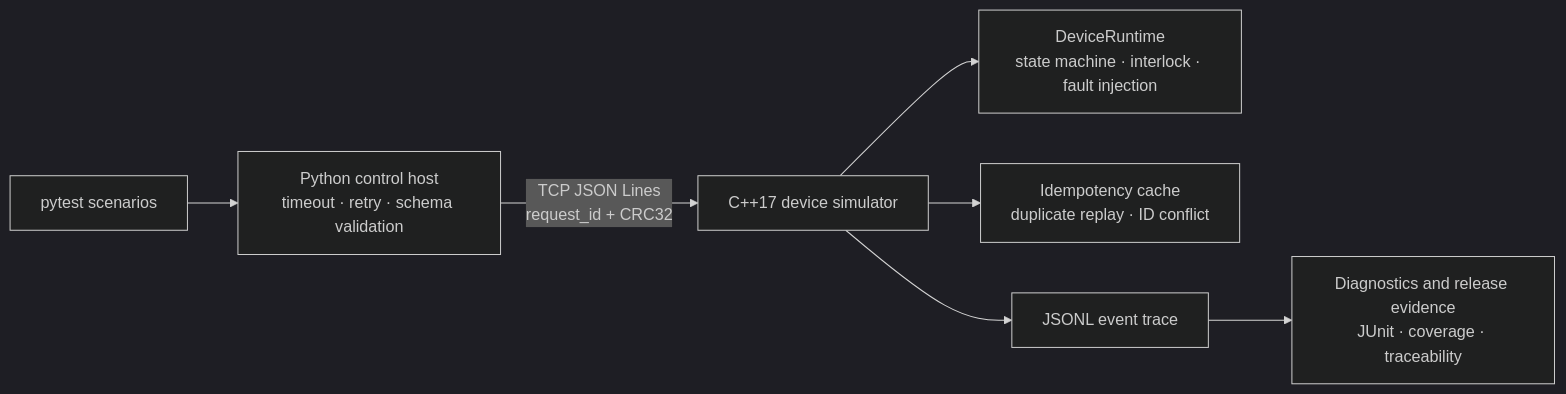
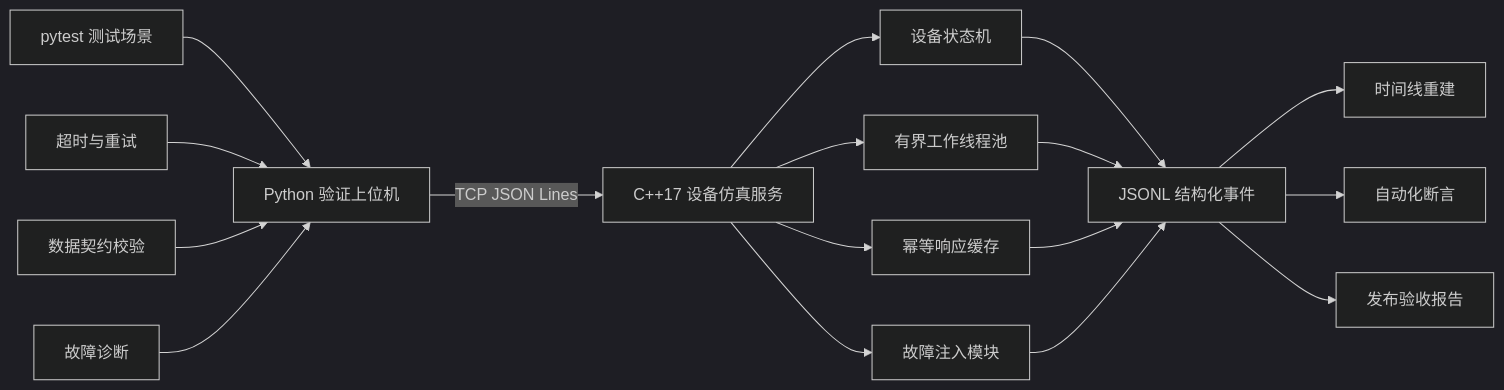
Before and after one commit to KristenYue/edge-device-verification-lab: the first of 2 diagrams in README.md, drawn with Mermaid (dark theme). The commit also changed other lines of this file, not shown here.

````diff
--- a/README.md
+++ b/README.md
@@ -41,9 +75,23 @@
 ```mermaid
 flowchart LR
-    T[pytest scenarios] --> H[Python control host\ntimeout · retry · schema validation]
-    H -->|TCP JSON Lines\nrequest_id + CRC32| S[C++17 device simulator]
-    S --> M[DeviceRuntime\nstate machine · interlock · fault injection]
-    S --> C[Idempotency cache\nduplicate replay · ID conflict]
-    S --> E[JSONL event trace]
-    E --> R[Diagnostics and release evidence\nJUnit · coverage · traceability]
+    A[pytest 测试场景] --> B[Python 验证上位机]
+    B -->|TCP JSON Lines| C[C++17 设备仿真服务]
+
+    B1[超时与重试] --> B
+    B2[数据契约校验] --> B
+    B3[故障诊断] --> B
+
+    C --> D[设备状态机]
+    C --> E[有界工作线程池]
+    C --> F[幂等响应缓存]
+    C --> G[故障注入模块]
+
+    D --> H[JSONL 结构化事件]
+    E --> H
+    F --> H
+    G --> H
+
+    H --> I[时间线重建]
+    H --> J[自动化断言]
+    H --> K[发布验收报告]
 ```
````
